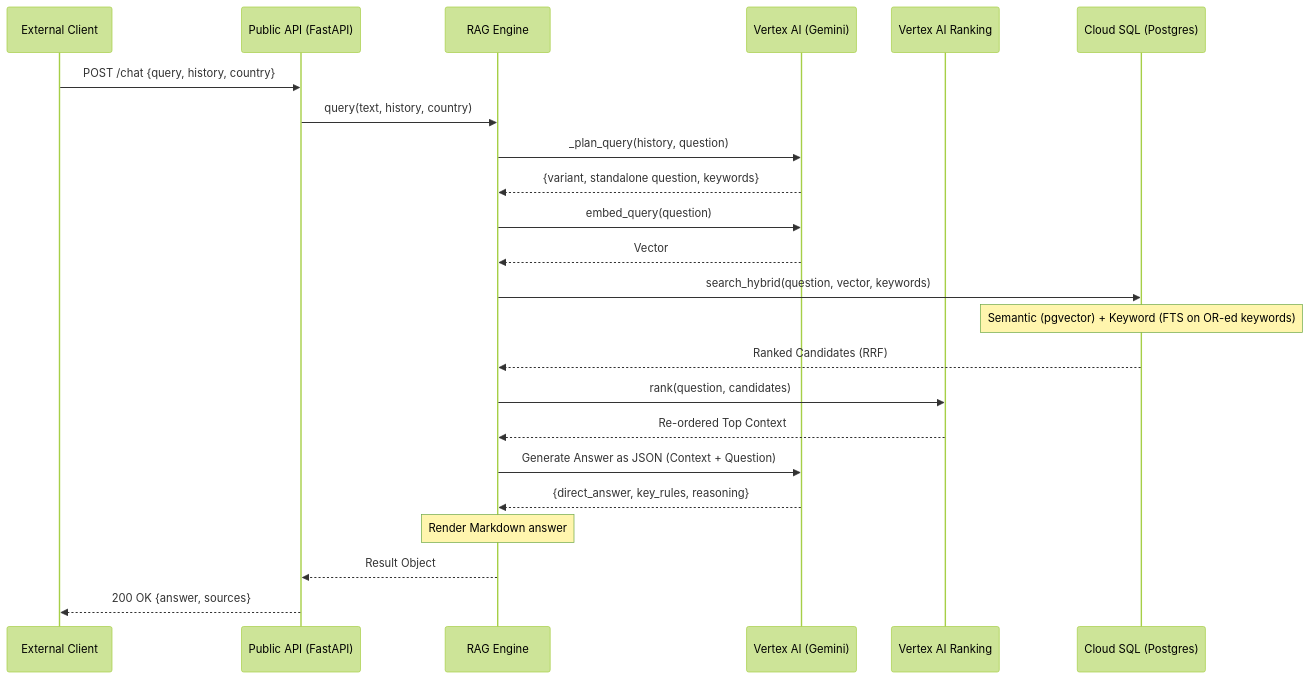
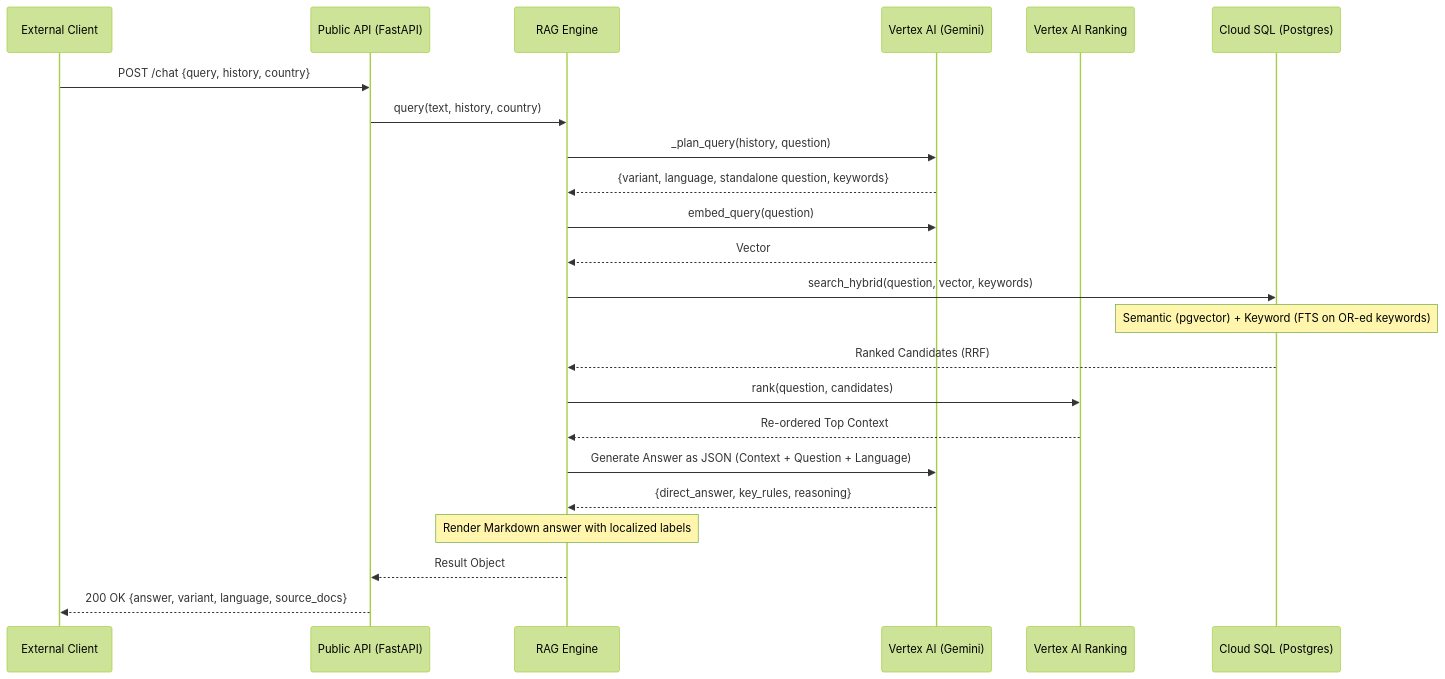
Before and after one commit to bavobbr/fih-rules-engine: the second of 2 diagrams in README.md, drawn with Mermaid (forest theme). The commit also changed other lines of this file and 3 other files, not shown here.

````diff
--- a/README.md
+++ b/README.md
@@ -77,26 +85,26 @@
 ```mermaid
 sequenceDiagram
     participant Client as External Client
     participant API as Public API (FastAPI)
     participant Engine as RAG Engine
     participant Vertex as Vertex AI (Gemini)
     participant Rank as Vertex AI Ranking
     participant DB as Cloud SQL (Postgres)
 
     Client->>API: POST /chat {query, history, country}
     API->>Engine: query(text, history, country)
     Engine->>Vertex: _plan_query(history, question)
-    Vertex-->>Engine: {variant, standalone question, keywords}
+    Vertex-->>Engine: {variant, language, standalone question, keywords}
     Engine->>Vertex: embed_query(question)
     Vertex-->>Engine: Vector
     Engine->>DB: search_hybrid(question, vector, keywords)
     Note over DB: Semantic (pgvector) + Keyword (FTS on OR-ed keywords)
     DB-->>Engine: Ranked Candidates (RRF)
     Engine->>Rank: rank(question, candidates)
     Rank-->>Engine: Re-ordered Top Context
-    Engine->>Vertex: Generate Answer as JSON (Context + Question)
+    Engine->>Vertex: Generate Answer as JSON (Context + Question + Language)
     Vertex-->>Engine: {direct_answer, key_rules, reasoning}
-    Note over Engine: Render Markdown answer
+    Note over Engine: Render Markdown answer with localized labels
     Engine-->>API: Result Object
-    API-->>Client: 200 OK {answer, sources}
+    API-->>Client: 200 OK {answer, variant, language, source_docs}
 ```
````
